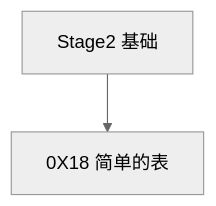
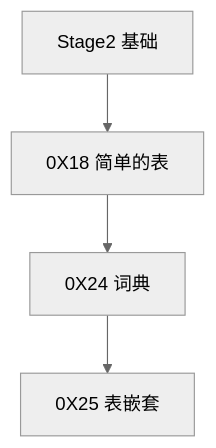
The seventh of 8 diagrams in 目录.md (ZhiZe-ZG/TXLuaLesson), drawn with Mermaid (neutral theme) before and after one commit. The commit also changed other lines of this file and 9 other files, not shown here.

````diff
--- a/目录.md
+++ b/目录.md
@@ -184,7 +193,11 @@
 ```mermaid
 graph TD;
     S2[Stage2 基础]
     C18[0X18 简单的表]
+    C24[0X24 词典]
+    C25[0X25 表嵌套]
 
     S2-->C18
+    C18-->C24
+    C24-->C25
 ```
````
